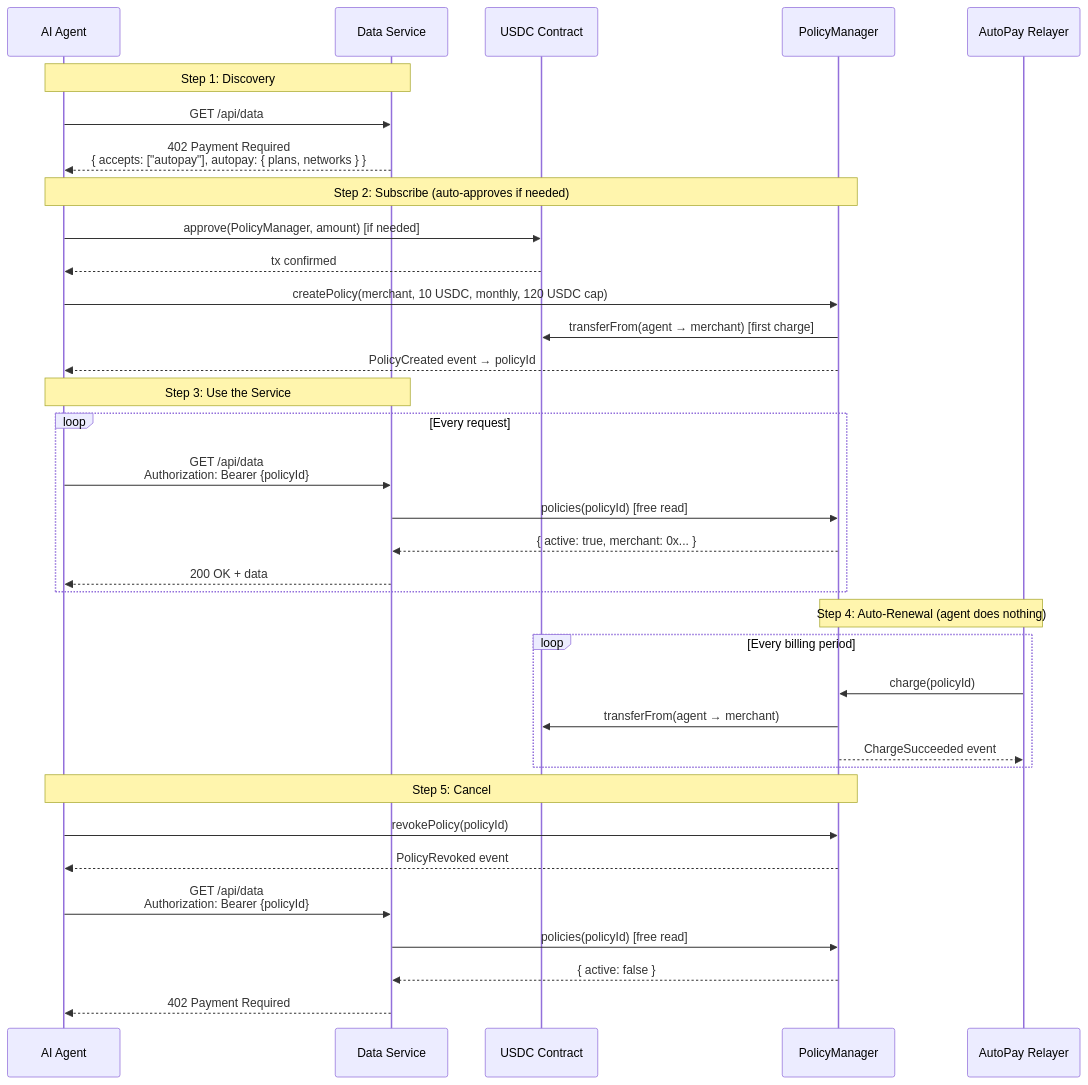
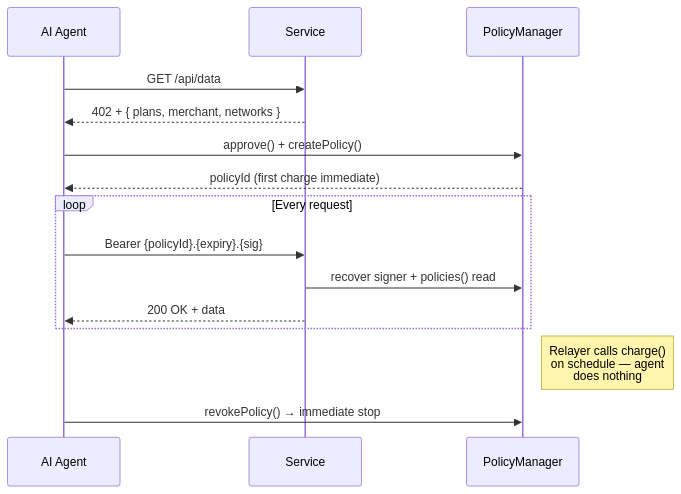
One commit to apeoverflow/Auto-Pay-Protocol changed the fifth of 12 diagrams in documentation/AGENT_ARCHITECTURE.md. Above: the diagram before and after it, drawn with Mermaid. The commit also changed other lines of this file, not shown here.

Commit message:
updates to agent docs

````diff
--- a/documentation/AGENT_ARCHITECTURE.md
+++ b/documentation/AGENT_ARCHITECTURE.md
@@ -135,43 +142,22 @@
 ```mermaid
 sequenceDiagram
-    participant Agent as AI Agent
-    participant Service as Data Service
-    participant USDC as USDC Contract
+    participant A as AI Agent
+    participant S as Service
     participant PM as PolicyManager
-    participant Relayer as AutoPay Relayer
 
-    Note over Agent,Service: Step 1: Discovery
-    Agent->>Service: GET /api/data
-    Service-->>Agent: 402 Payment Required<br/>{ accepts: ["autopay"], autopay: { plans, networks } }
+    A->>S: GET /api/data
+    S-->>A: 402 + { plans, merchant, networks }
 
-    Note over Agent,PM: Step 2: Subscribe (auto-approves if needed)
-    Agent->>USDC: approve(PolicyManager, amount) [if needed]
-    USDC-->>Agent: tx confirmed
-    Agent->>PM: createPolicy(merchant, 10 USDC, monthly, 120 USDC cap)
-    PM->>USDC: transferFrom(agent → merchant) [first charge]
-    PM-->>Agent: PolicyCreated event → policyId
+    A->>PM: approve() + createPolicy()
+    PM-->>A: policyId (first charge immediate)
 
-    Note over Agent,Service: Step 3: Use the Service
     loop Every request
-        Agent->>Service: GET /api/data<br/>Authorization: Bearer {policyId}
-        Service->>PM: policies(policyId) [free read]
-        PM-->>Service: { active: true, merchant: 0x... }
-        Service-->>Agent: 200 OK + data
+        A->>S: Bearer {policyId}.{expiry}.{sig}
+        S->>PM: recover signer + policies() read
+        S-->>A: 200 OK + data
     end
 
-    Note over Relayer,PM: Step 4: Auto-Renewal (agent does nothing)
-    loop Every billing period
-        Relayer->>PM: charge(policyId)
-        PM->>USDC: transferFrom(agent → merchant)
-        PM-->>Relayer: ChargeSucceeded event
-    end
+    Note right of PM: Relayer calls charge()<br/>on schedule — agent<br/>does nothing
 
-    Note over Agent,PM: Step 5: Cancel
-    Agent->>PM: revokePolicy(policyId)
-    PM-->>Agent: PolicyRevoked event
-
-    Agent->>Service: GET /api/data<br/>Authorization: Bearer {policyId}
-    Service->>PM: policies(policyId) [free read]
-    PM-->>Service: { active: false }
-    Service-->>Agent: 402 Payment Required
+    A->>PM: revokePolicy() → immediate stop
 ```
````
